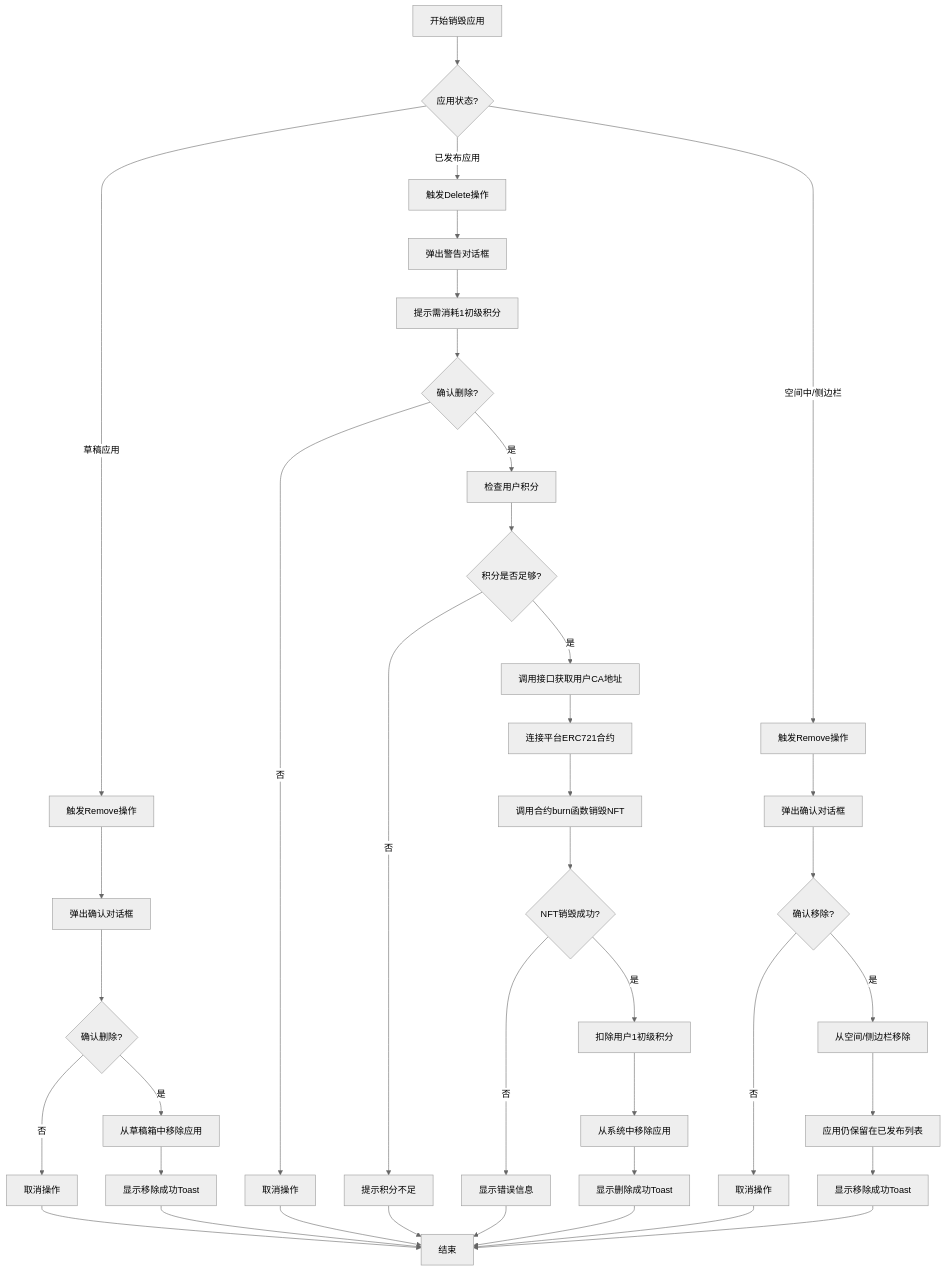
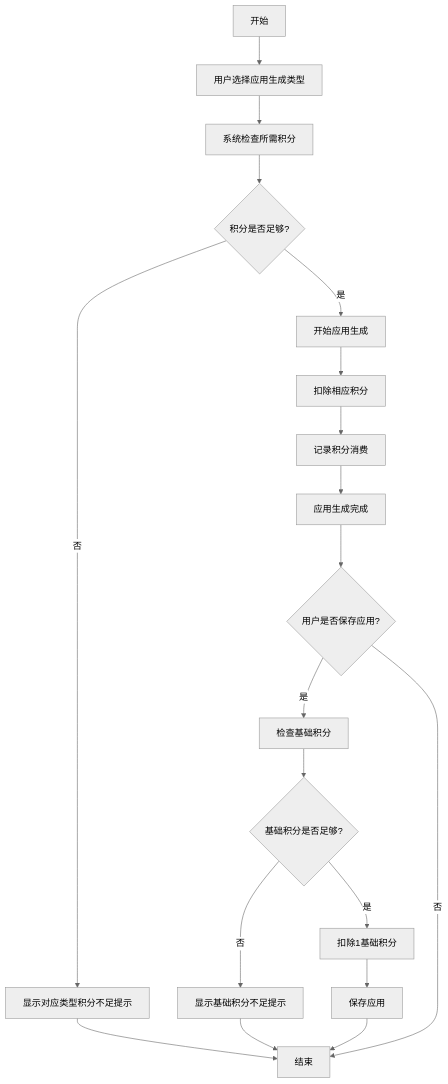
One commit to yingjianzh/iodraw-files changed the diagram in all/未命名-65.md. Above: the diagram before and after it, drawn with Mermaid (neutral theme).

Commit message:
2025-05-22 14:00:11 update

````diff
--- a/all/未命名-65.md
+++ b/all/未命名-65.md
@@ -1,47 +1,21 @@
 ```mermaid
 flowchart TD
-    A[开始销毁应用] --> B{应用状态?}
-    
-    %% 草稿应用的移除流程
-    B -->|草稿应用| C[触发Remove操作]
-    C --> D[弹出确认对话框]
-    D --> E{确认删除?}
-    E -->|否| F[取消操作]
-    F --> Z[结束]
-    E -->|是| G[从草稿箱中移除应用]
-    G --> H[显示移除成功Toast]
-    H --> Z
-    
-    %% 已发布应用的删除流程
-    B -->|已发布应用| I[触发Delete操作]
-    I --> J[弹出警告对话框]
-    J --> K[提示需消耗1初级积分]
-    K --> L{确认删除?}
-    L -->|否| M[取消操作]
-    M --> Z
-    L -->|是| N[检查用户积分]
-    N --> O{积分是否足够?}
-    O -->|否| P[提示积分不足]
-    P --> Z
-    O -->|是| Q[调用接口获取用户CA地址]
-    Q --> R[连接平台ERC721合约]
-    R --> S[调用合约burn函数销毁NFT]
-    S --> T{NFT销毁成功?}
-    T -->|否| U[显示错误信息]
-    U --> Z
-    T -->|是| V[扣除用户1初级积分]
-    V --> W[从系统中移除应用]
-    W --> X[显示删除成功Toast]
-    X --> Z
-    
-    %% 空间或侧边栏中应用的移除
-    B -->|空间中/侧边栏| Y[触发Remove操作]
-    Y --> AA[弹出确认对话框]
-    AA --> BB{确认移除?}
-    BB -->|否| CC[取消操作]
-    CC --> Z
-    BB -->|是| DD[从空间/侧边栏移除]
-    DD --> EE[应用仍保留在已发布列表]
-    EE --> FF[显示移除成功Toast]
-    FF --> Z
+    A[开始] --> B[用户选择应用生成类型]
+    B --> C[系统检查所需积分]
+    C --> D{积分是否足够?}
+    D -- 否 --> E[显示对应类型积分不足提示]
+    E --> F[结束]
+    D -- 是 --> G[开始应用生成]
+    G --> H[扣除相应积分]
+    H --> I[记录积分消费]
+    I --> J[应用生成完成]
+    J --> K{用户是否保存应用?}
+    K -- 是 --> L[检查基础积分]
+    L --> M{基础积分是否足够?}
+    M -- 否 --> N[显示基础积分不足提示]
+    N --> F
+    M -- 是 --> O[扣除1基础积分]
+    O --> P[保存应用]
+    P --> F
+    K -- 否 --> F
 ```
````
